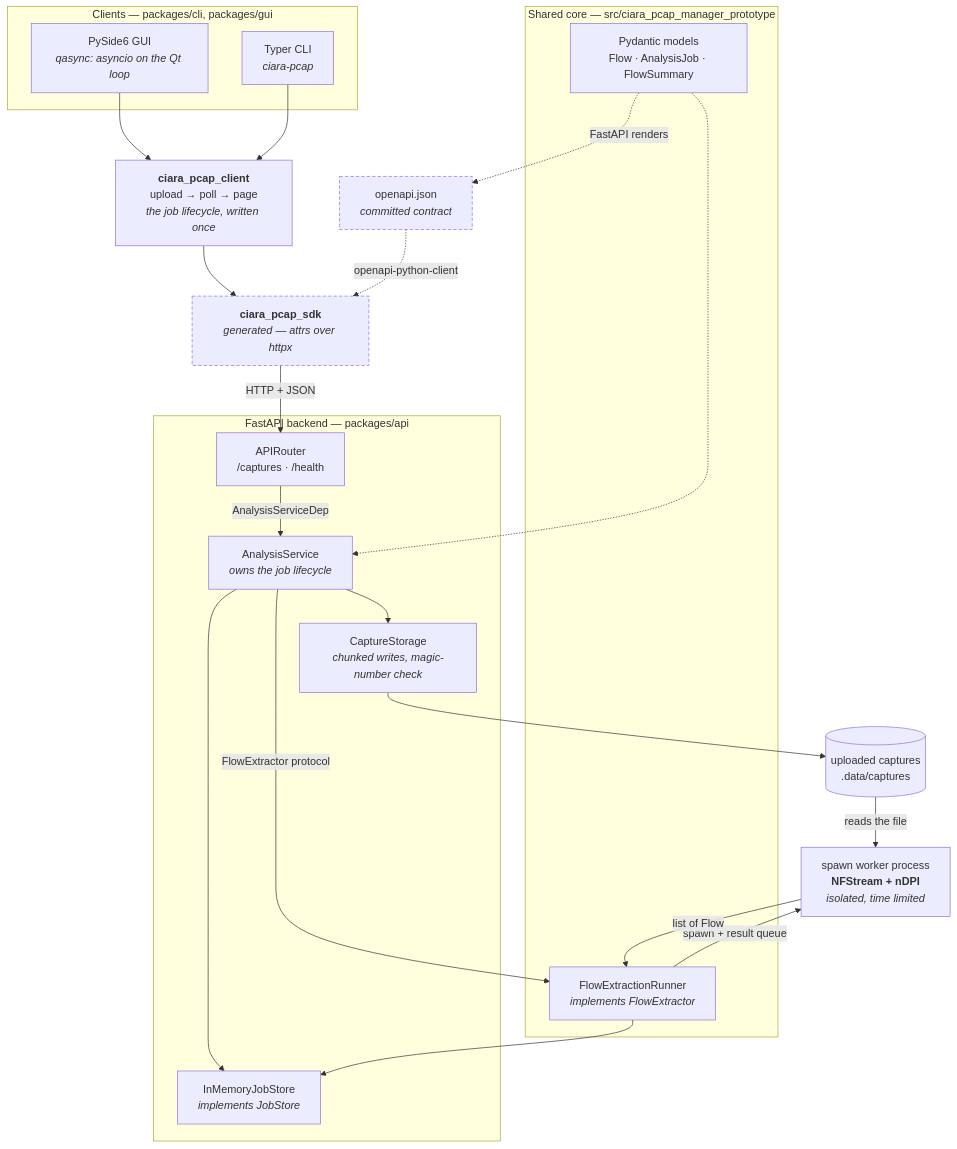
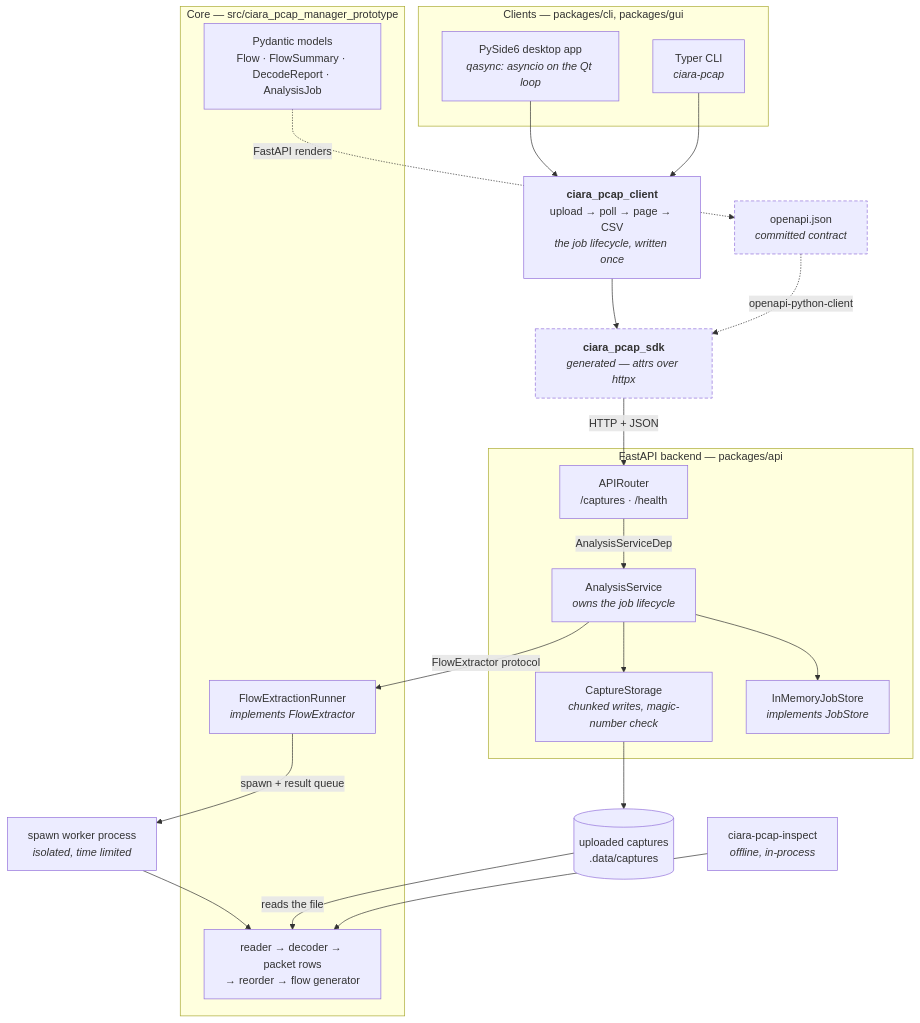
One commit to HeriLFIU/ciara-pcap-manager-prototype changed the diagram in docs/architecture.md. Above: the diagram before and after it, drawn with Mermaid. The commit also changed other lines of this file and 118 other files, not shown here.

````diff
--- a/docs/architecture.md
+++ b/docs/architecture.md
@@ -5,47 +5,47 @@
 ```mermaid
 flowchart TB
     subgraph clients["Clients — packages/cli, packages/gui"]
-        GUI["PySide6 GUI<br/><i>qasync: asyncio on the Qt loop</i>"]
+        GUI["PySide6 desktop app<br/><i>qasync: asyncio on the Qt loop</i>"]
         CLI["Typer CLI<br/><i>ciara-pcap</i>"]
     end
 
-    WORKFLOW["<b>ciara_pcap_client</b><br/>upload → poll → page<br/><i>the job lifecycle, written once</i>"]
+    WORKFLOW["<b>ciara_pcap_client</b><br/>upload → poll → page → CSV<br/><i>the job lifecycle, written once</i>"]
     SDK["<b>ciara_pcap_sdk</b><br/><i>generated — attrs over httpx</i>"]
 
     subgraph api["FastAPI backend — packages/api"]
         ROUTES["APIRouter<br/>/captures · /health"]
         SERVICE["AnalysisService<br/><i>owns the job lifecycle</i>"]
         STORAGE["CaptureStorage<br/><i>chunked writes, magic-number check</i>"]
         STORE["InMemoryJobStore<br/><i>implements JobStore</i>"]
     end
 
-    subgraph core["Shared core — src/ciara_pcap_manager_prototype"]
-        MODELS["Pydantic models<br/>Flow · AnalysisJob · FlowSummary"]
+    subgraph core["Core — src/ciara_pcap_manager_prototype"]
+        MODELS["Pydantic models<br/>Flow · FlowSummary · DecodeReport · AnalysisJob"]
         RUNNER["FlowExtractionRunner<br/><i>implements FlowExtractor</i>"]
+        PIPE["reader → decoder → packet rows<br/>→ reorder → flow generator"]
     end
 
-    WORKER["spawn worker process<br/><b>NFStream + nDPI</b><br/><i>isolated, time limited</i>"]
+    WORKER["spawn worker process<br/><i>isolated, time limited</i>"]
     DISK[("uploaded captures<br/>.data/captures")]
     CONTRACT["openapi.json<br/><i>committed contract</i>"]
+    INSPECT["ciara-pcap-inspect<br/><i>offline, in-process</i>"]
 
     GUI --> WORKFLOW
     CLI --> WORKFLOW
     WORKFLOW --> SDK
     SDK -->|"HTTP + JSON"| ROUTES
     ROUTES -->|"AnalysisServiceDep"| SERVICE
-    SERVICE --> STORAGE
-    STORAGE --> DISK
+    SERVICE --> STORAGE --> DISK
     SERVICE --> STORE
     SERVICE -->|"FlowExtractor protocol"| RUNNER
     RUNNER -->|"spawn + result queue"| WORKER
-    DISK -->|"reads the file"| WORKER
-    WORKER -->|"list of Flow"| RUNNER
-    RUNNER --> STORE
+    WORKER --> PIPE
+    DISK -->|"reads the file"| PIPE
+    INSPECT --> PIPE
 
     MODELS -.->|"FastAPI renders"| CONTRACT
     CONTRACT -.->|"openapi-python-client"| SDK
-    MODELS -.-> SERVICE
 
     classDef generated stroke-dasharray: 5 3
     class SDK,CONTRACT generated
 ```
````
